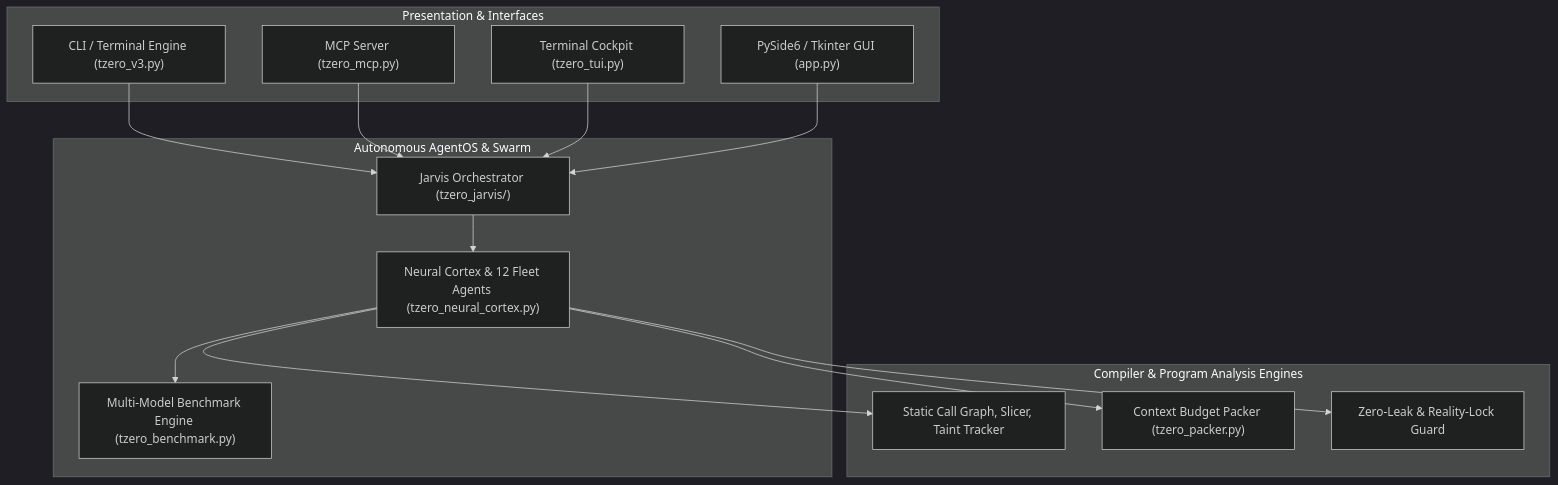
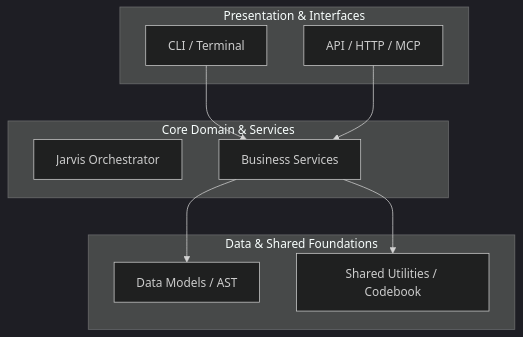
One commit to toprakahmetaydogmus/TZeroAlgorithm changed the diagram in AGENTS.md. Above: the diagram before and after it, drawn with Mermaid (dark theme). The commit also changed other lines of this file and 12 other files, not shown here.

````diff
--- a/AGENTS.md
+++ b/AGENTS.md
@@ -49,29 +34,20 @@
 ```mermaid
 flowchart TD
     subgraph Presentation ["Presentation & Interfaces"]
-        CLI["CLI / Terminal Engine (tzero_v3.py)"]
-        MCP["MCP Server (tzero_mcp.py)"]
-        TUI["Terminal Cockpit (tzero_tui.py)"]
-        GUI["PySide6 / Tkinter GUI (app.py)"]
+        CLI["CLI / Terminal"]
+        API["API / HTTP / MCP"]
     end
-    subgraph Orchestration ["Autonomous AgentOS & Swarm"]
-        JARVIS["Jarvis Orchestrator (tzero_jarvis/)"]
-        CORTEX["Neural Cortex & 12 Fleet Agents (tzero_neural_cortex.py)"]
-        BENCH["Multi-Model Benchmark Engine (tzero_benchmark.py)"]
+    subgraph Business ["Core Domain & Services"]
+        ORCH["Jarvis Orchestrator"]
+        SERVICES["Business Services"]
     end
-    subgraph Core ["Compiler & Program Analysis Engines"]
-        AST_ENG["Static Call Graph, Slicer, Taint Tracker"]
-        PACKER["Context Budget Packer (tzero_packer.py)"]
-        GUARD["Zero-Leak & Reality-Lock Guard"]
+    subgraph Persistence ["Data & Shared Foundations"]
+        MODELS["Data Models / AST"]
+        UTILS["Shared Utilities / Codebook"]
     end
 
-    CLI --> JARVIS
-    MCP --> JARVIS
-    TUI --> JARVIS
-    GUI --> JARVIS
-    JARVIS --> CORTEX
-    CORTEX --> BENCH
-    CORTEX --> AST_ENG
-    CORTEX --> PACKER
-    CORTEX --> GUARD
+    CLI --> SERVICES
+    API --> SERVICES
+    SERVICES --> MODELS
+    SERVICES --> UTILS
 ```
````
